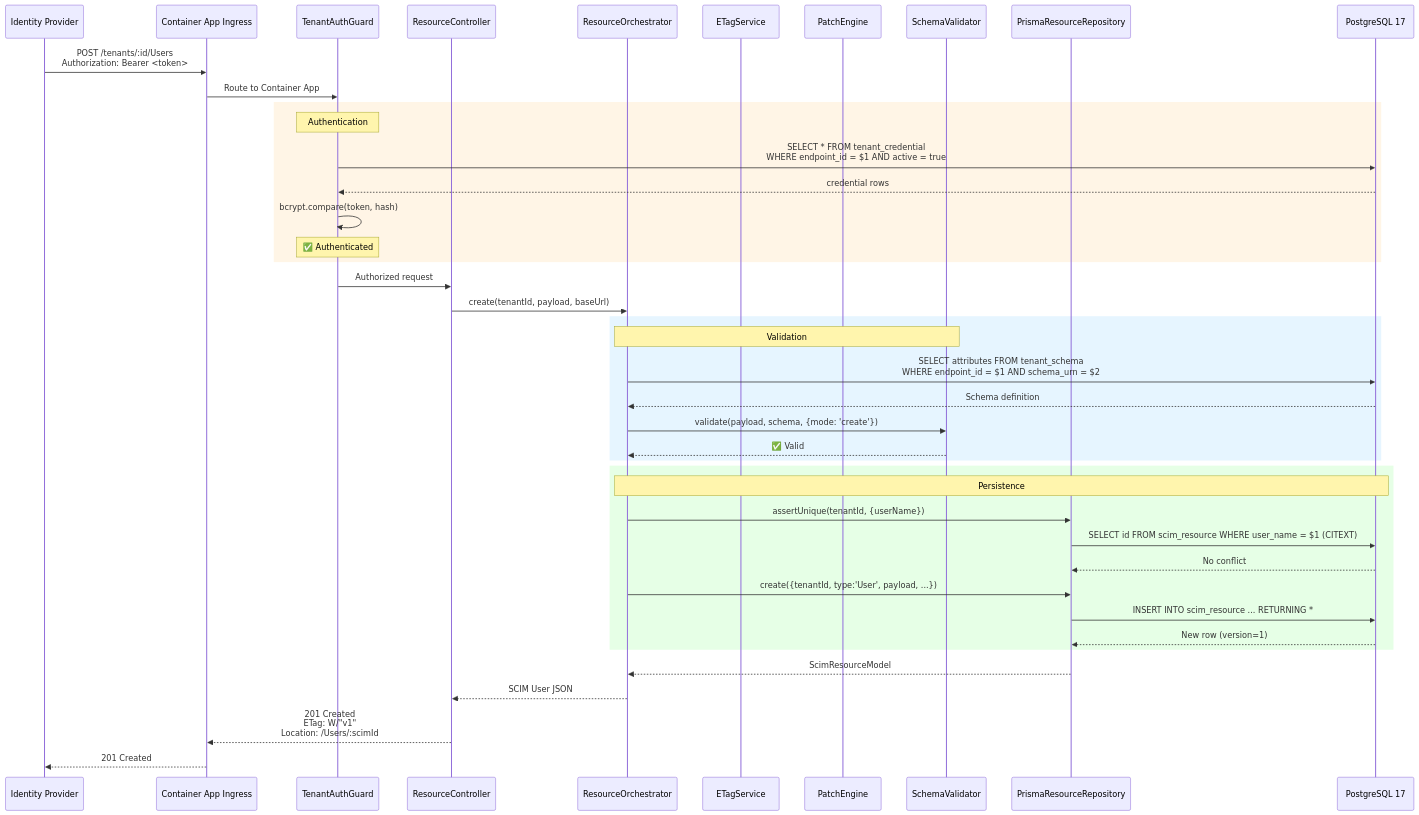
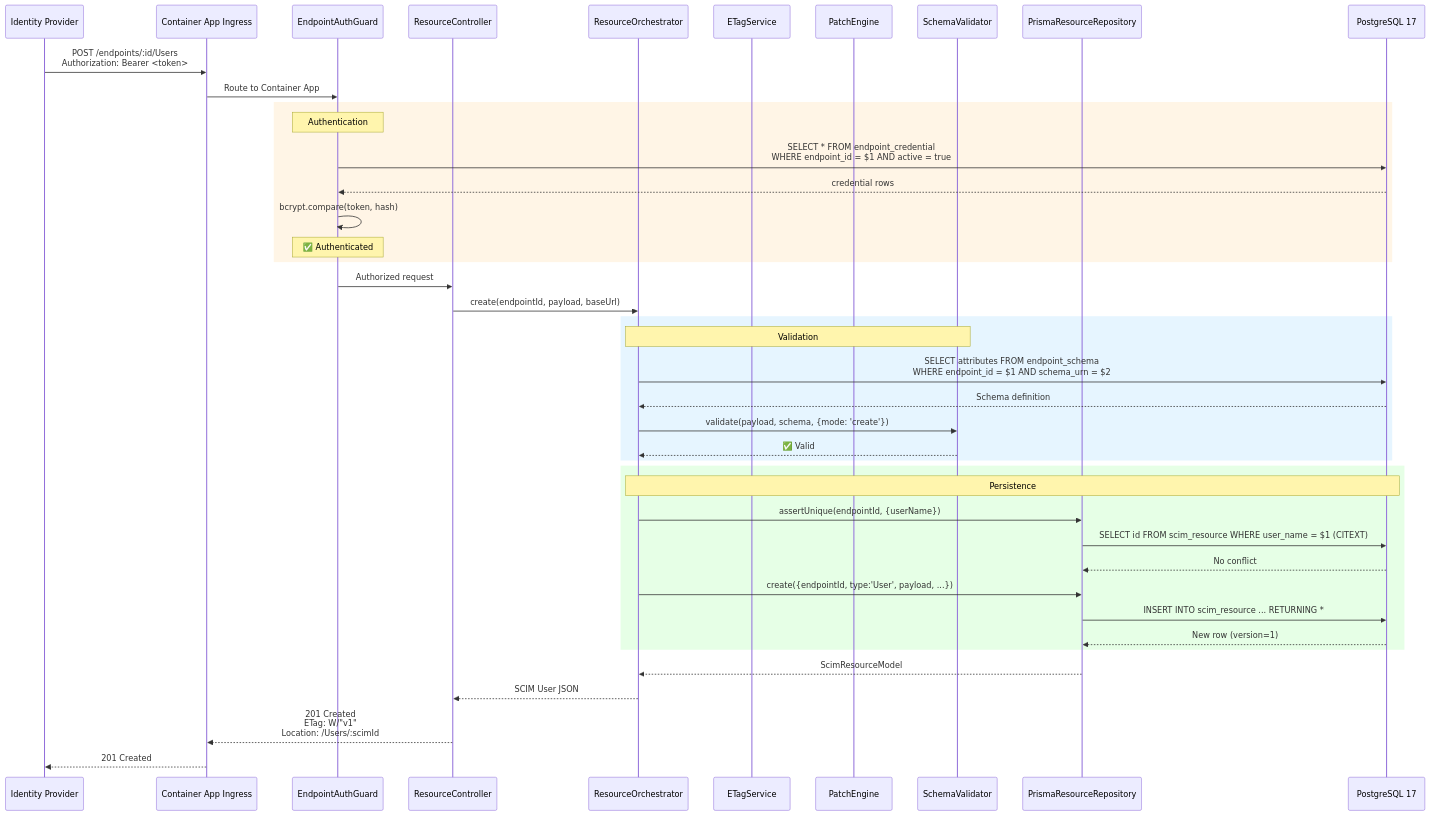
Diagram 19 of 23 in docs/MIGRATION_PLAN_CURRENT_TO_IDEAL_v3_2026-02-20.md (pranems/SCIMServer), drawn with Mermaid before and after one commit. The commit also changed other lines of this file and 288 other files, not shown here.

````diff
--- a/docs/MIGRATION_PLAN_CURRENT_TO_IDEAL_v3_2026-02-20.md
+++ b/docs/MIGRATION_PLAN_CURRENT_TO_IDEAL_v3_2026-02-20.md
@@ -2326,50 +3378,50 @@
 ```mermaid
 sequenceDiagram
     participant IDP as Identity Provider
     participant LB as Container App Ingress
-    participant AUTH as TenantAuthGuard
+    participant AUTH as EndpointAuthGuard
     participant CTRL as ResourceController
     participant ORCH as ResourceOrchestrator
     participant ETAG as ETagService
     participant PATCH as PatchEngine
     participant VALID as SchemaValidator
     participant REPO as PrismaResourceRepository
     participant PG as PostgreSQL 17
 
-    IDP->>LB: POST /tenants/:id/Users<br/>Authorization: Bearer <token>
+    IDP->>LB: POST /endpoints/:id/Users<br/>Authorization: Bearer <token>
     LB->>AUTH: Route to Container App
 
     rect rgb(255, 245, 230)
         Note over AUTH: Authentication
-        AUTH->>PG: SELECT * FROM tenant_credential<br/>WHERE endpoint_id = $1 AND active = true
+        AUTH->>PG: SELECT * FROM endpoint_credential<br/>WHERE endpoint_id = $1 AND active = true
         PG-->>AUTH: credential rows
         AUTH->>AUTH: bcrypt.compare(token, hash)
         Note over AUTH: ✅ Authenticated
     end
 
     AUTH->>CTRL: Authorized request
-    CTRL->>ORCH: create(tenantId, payload, baseUrl)
+    CTRL->>ORCH: create(endpointId, payload, baseUrl)
 
     rect rgb(230, 245, 255)
         Note over ORCH,VALID: Validation
-        ORCH->>PG: SELECT attributes FROM tenant_schema<br/>WHERE endpoint_id = $1 AND schema_urn = $2
+        ORCH->>PG: SELECT attributes FROM endpoint_schema<br/>WHERE endpoint_id = $1 AND schema_urn = $2
         PG-->>ORCH: Schema definition
         ORCH->>VALID: validate(payload, schema, {mode: 'create'})
         VALID-->>ORCH: ✅ Valid
     end
 
     rect rgb(230, 255, 230)
         Note over ORCH,PG: Persistence
-        ORCH->>REPO: assertUnique(tenantId, {userName})
+        ORCH->>REPO: assertUnique(endpointId, {userName})
         REPO->>PG: SELECT id FROM scim_resource WHERE user_name = $1 (CITEXT)
         PG-->>REPO: No conflict
-        ORCH->>REPO: create({tenantId, type:'User', payload, ...})
+        ORCH->>REPO: create({endpointId, type:'User', payload, ...})
         REPO->>PG: INSERT INTO scim_resource ... RETURNING *
         PG-->>REPO: New row (version=1)
     end
 
     REPO-->>ORCH: ScimResourceModel
     ORCH-->>CTRL: SCIM User JSON
     CTRL-->>LB: 201 Created<br/>ETag: W/"v1"<br/>Location: /Users/:scimId
     LB-->>IDP: 201 Created
 ```
````
